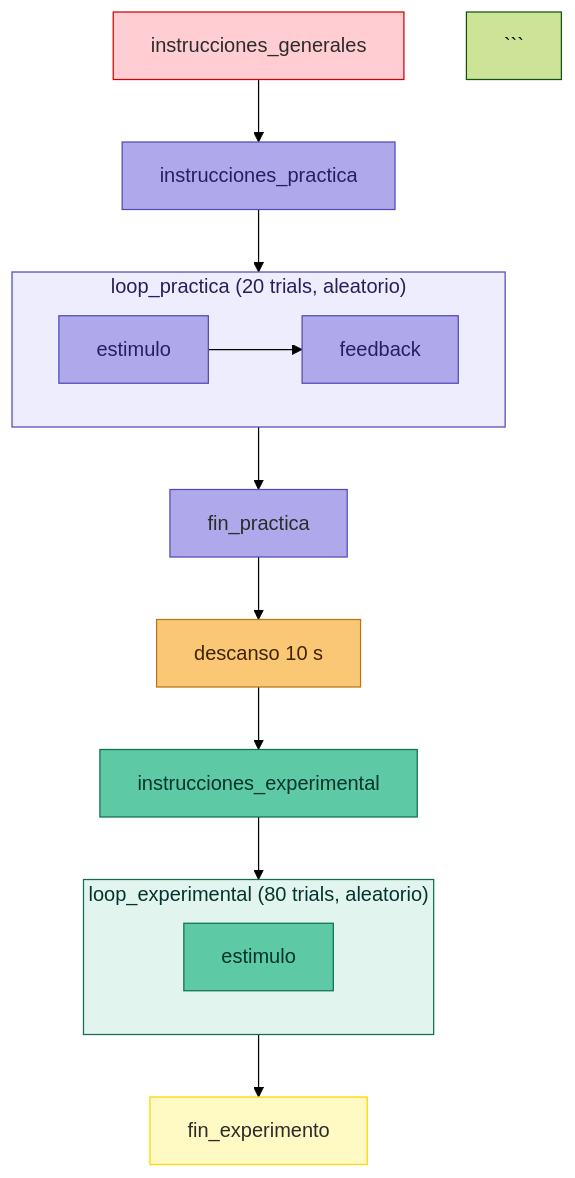
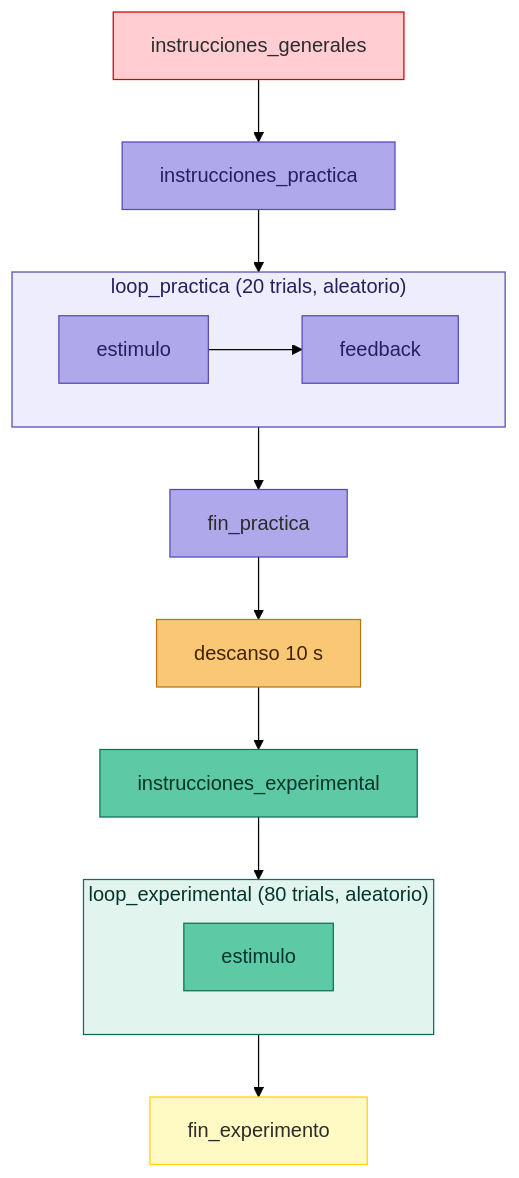
The diagram in readme.md (mlandaf/taller_4_FES), drawn with Mermaid (forest theme) before and after one commit.

Commit message:
cambios readme

````diff
--- a/readme.md
+++ b/readme.md
@@ -78,31 +78,30 @@
 ```mermaid
 flowchart TB
  subgraph LP["loop_practica  (20 trials, aleatorio)"]
         P2["feedback"]
         P1["estimulo"]
   end
  subgraph LE["loop_experimental  (80 trials, aleatorio)"]
         E1["estimulo"]
   end
     A["instrucciones_generales"] --> B["instrucciones_practica"]
     B --> LP
     P1 --> P2
     LP --> C["fin_practica"]
     C --> D["descanso 10 s"]
     D --> E["instrucciones_experimental"]
     E --> LE
     LE --> F["fin_experimento"]
-    ```@{ label: "```" }
 
     style P2 fill:#AFA9EC,stroke:#534AB7,color:#26215C
     style P1 fill:#AFA9EC,stroke:#534AB7,color:#26215C
     style E1 fill:#5DCAA5,stroke:#0F6E56,color:#04342C
     style A  fill:#D3D1C7,stroke:#D50000,color:#2C2C2A,fill:#FFCDD2
     style B  fill:#AFA9EC,stroke:#534AB7,color:#26215C
     style LP fill:#EEEDFE,stroke:#534AB7,color:#26215C
     style C  fill:#D3D1C7,stroke:#534AB7,color:#2C2C2A,fill:#AFA9EC
     style D  fill:#FAC775,stroke:#BA7517,color:#412402
     style E  fill:#5DCAA5,stroke:#0F6E56,color:#04342C
     style LE fill:#E1F5EE,stroke:#0F6E56,color:#04342C
     style F  fill:#D3D1C7,stroke:#FFD600,color:#2C2C2A,fill:#FFF9C4
 ```
````
